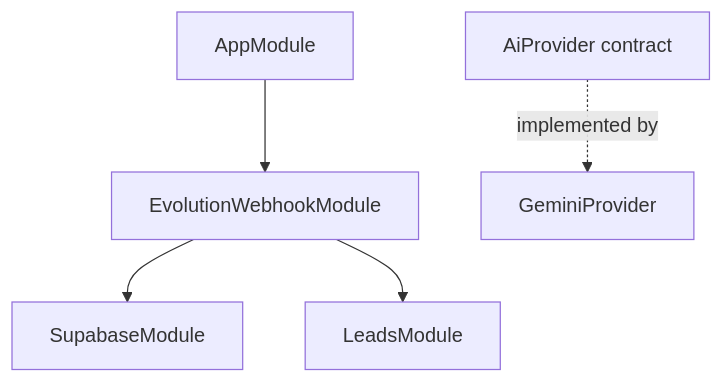
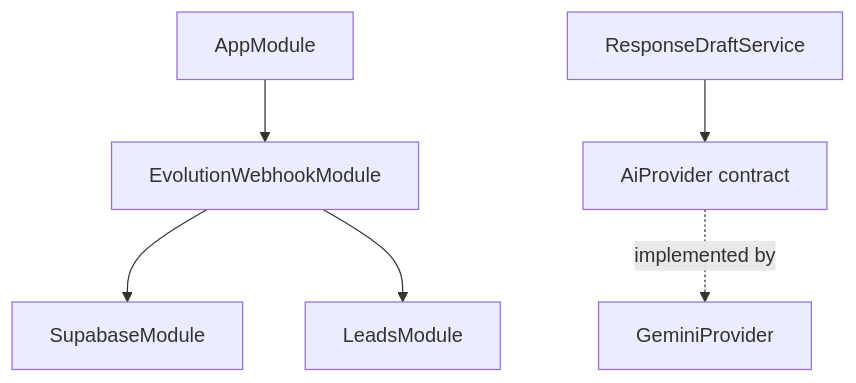
Before and after one commit to AnderG0D/copiloto-whatsapp-samuel: the diagram in docs/obsidian/Copiloto WhatsApp Samuel/_generated/Arquitectura actual.md, drawn with Mermaid. The commit also changed other lines of this file and 6 other files, not shown here.

````diff
--- a/docs/obsidian/Copiloto WhatsApp Samuel/_generated/Arquitectura actual.md
+++ b/docs/obsidian/Copiloto WhatsApp Samuel/_generated/Arquitectura actual.md
@@ -11,7 +11,8 @@
 ```mermaid
 flowchart TD
     A["AppModule"] --> B["EvolutionWebhookModule"]
     B --> C["SupabaseModule"]
     B --> D["LeadsModule"]
     E["AiProvider contract"] -. "implemented by" .-> F["GeminiProvider"]
+    G["ResponseDraftService"] --> E
 ```
````
